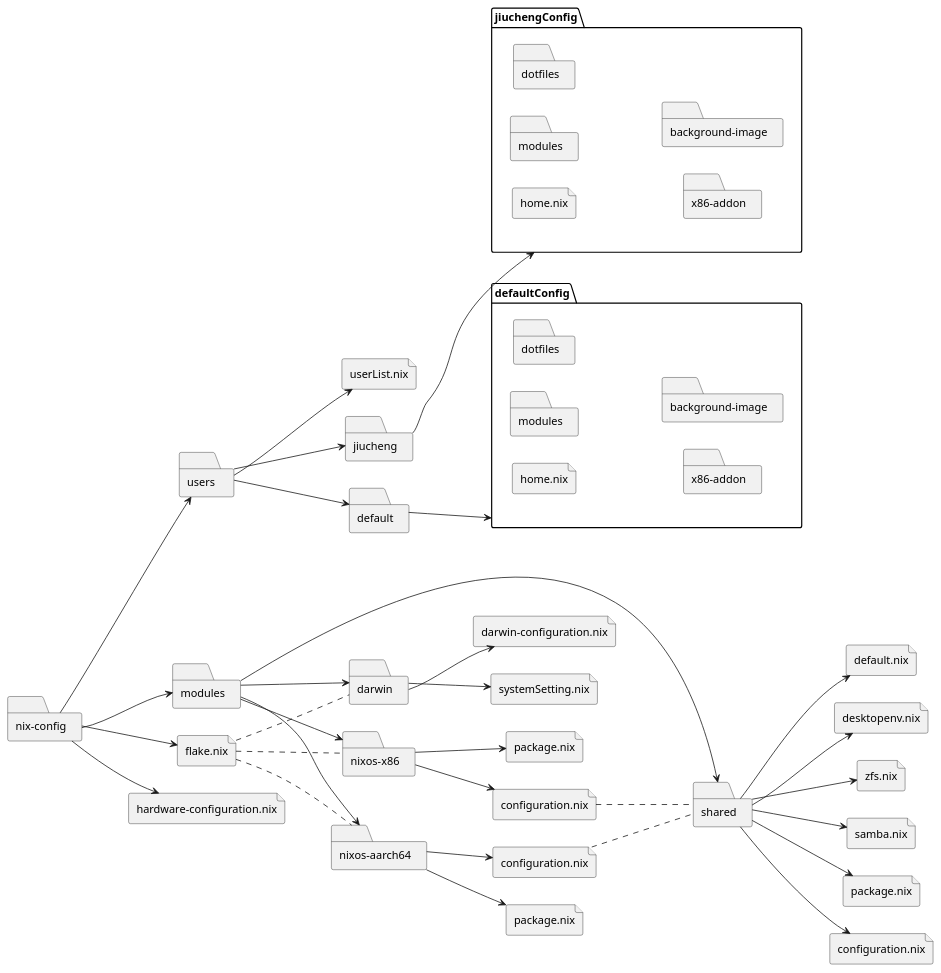
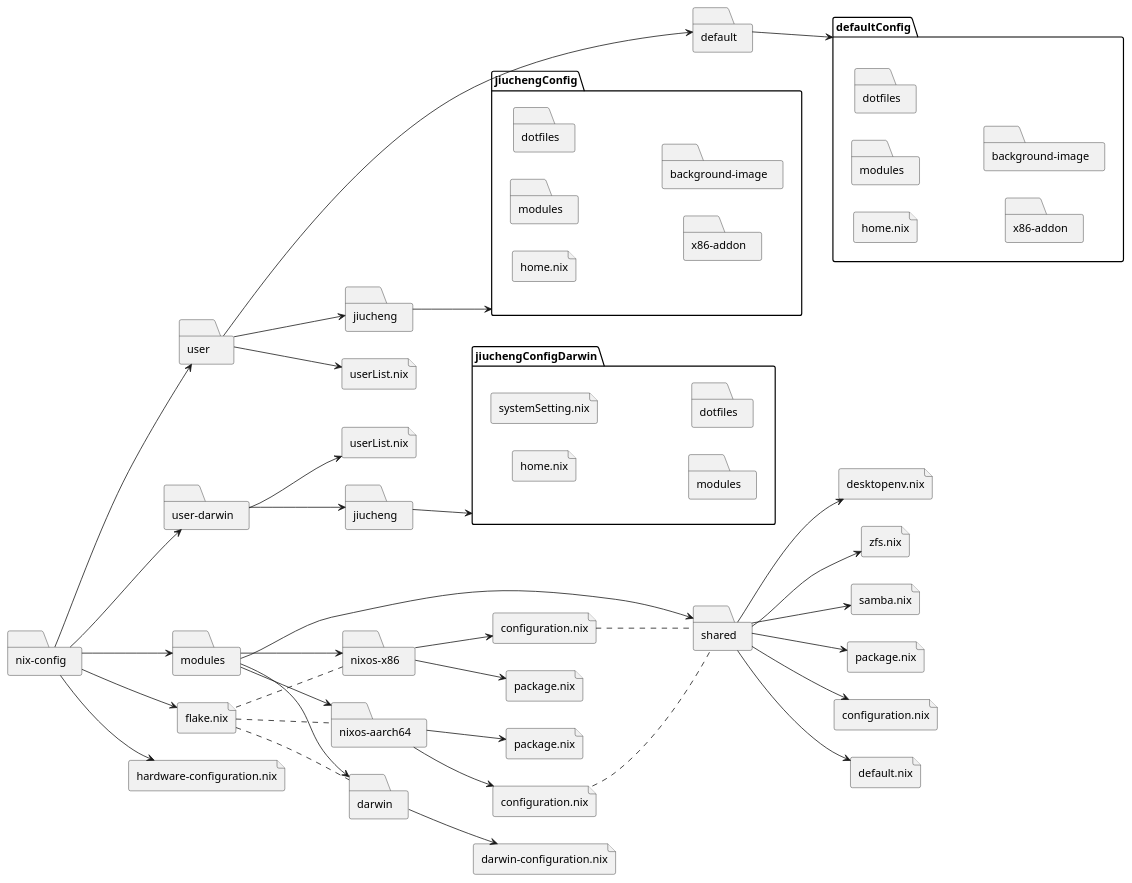
The diagram in fileDir.puml (zangjiucheng/NixSetupKit), drawn with PlantUML before and after one commit. The commit also changed 16 other files, not shown here.

```diff
--- a/fileDir.puml
+++ b/fileDir.puml
@@ -1,127 +1,141 @@
 @startuml
 left to right direction
 
 folder "nix-config"
 
-folder users 
+folder user
+folder "user-darwin"
 
-folder jiucheng
+folder jiucheng as jiucheng_nix
+folder jiucheng as jiucheng_darwin
 folder default
 
 folder shared
 
 file "flake.nix"
 file "hardware-configuration.nix"
 
 file "darwin-configuration.nix"
-file systemSetting.nix
 
 folder "nixos-x86"
 folder "nixos-aarch64"
 folder darwin 
 
 folder modules as modulesSystem
 
 file default.nix
 file desktopenv.nix
 file zfs.nix
 file samba.nix
 
 file package.nix as package_x86
 file package.nix as package_shared
 file package.nix as package_aarch64
 
 file configuration.nix as configuration_x86
 file configuration.nix as configuration_aarch64
 file configuration.nix as configuration_shared
 
-file userList.nix 
+file userList.nix as userList_nix
+file userList.nix as userList_darwin
 
 package jiuchengConfig{
     file home.nix as homeJiucheng
     folder modules as modulesJiucheng
     folder dotfiles as dotfilesJiucheng
     folder "x86-addon" as x86AddonJiucheng
     folder "background-image" as backgroundImageJiucheng
+}
+
+package jiuchengConfigDarwin{
+    file home.nix as homeJiuchengDarwin
+    file systemSetting.nix
+    folder modules as modulesJiuchengDarwin
+    folder dotfiles as dotfilesJiuchengDarwin
 }
 
 package defaultConfig{
     file home.nix as homeDefault
     folder modules as modulesDefault
     folder dotfiles as dotfilesDefault
     folder "x86-addon" as x86AddonDefault
     folder "background-image" as backgroundImageDefault
 }
 
 configuration_x86 .. shared
 configuration_aarch64 .. shared
 
 
 ' file home.nix
 ' folder modules as modulesJiucheng
 ' folder dotfiles as dotfilesJiucheng
 ' folder "x86-addon"
 
 "nix-config" --> "flake.nix"
 "nix-config" --> "hardware-configuration.nix"
 
 "nixos-x86" --> package_x86
 "nixos-x86" --> configuration_x86
 
 "nixos-aarch64" --> package_aarch64
 "nixos-aarch64" --> configuration_aarch64
 
 "nix-config" --> modulesSystem
-"nix-config" --> users
+"nix-config" --> user
+"nix-config" --> "user-darwin"
 
-users --> jiucheng
-users --> default
-users --> userList.nix
+user --> jiucheng_nix
+user --> default
+user --> userList_nix
+
+"user-darwin" --> jiucheng_darwin
+"user-darwin" --> userList_darwin
 
 modulesSystem --> shared
 modulesSystem --> "nixos-x86"
 modulesSystem --> "nixos-aarch64"
 modulesSystem --> darwin
 
 shared --> package_shared
 shared --> configuration_shared
 
 darwin --> "darwin-configuration.nix"
-darwin --> systemSetting.nix
+' darwin --> systemSetting.nix
 
 shared --> default.nix
 shared --> desktopenv.nix
 shared --> zfs.nix
 shared --> samba.nix
 
 ' jiucheng --> "background-image" 
 ' jiucheng --> modulesJiucheng
 ' jiucheng --> dotfilesJiucheng
 ' jiucheng --> home.nix
 ' jiucheng --> "x86-addon"
-jiucheng --> jiuchengConfig
+jiucheng_nix --> jiuchengConfig
+jiucheng_darwin --> jiuchengConfigDarwin
 default --> defaultConfig
 
 flake.nix .. "nixos-x86"
 flake.nix .. "nixos-aarch64"
 flake.nix .. darwin
 
 ' file artifact2
 ' file artifact3
 ' file artifact4
 ' file artifact5
 ' file artifact6
 ' file artifact7
 ' file artifact8
 ' file artifact9
 ' file artifact10
 ' artifact1 --> artifact2
 ' artifact1 --* artifact3
 ' artifact1 --o artifact4
 ' artifact1 --+ artifact5
 ' artifact1 --# artifact6
 ' artifact1 -->> artifact7
 ' artifact1 --0 artifact8
 ' artifact1 --^ artifact9
 ' artifact1 --(0 artifact10
 @enduml
```
